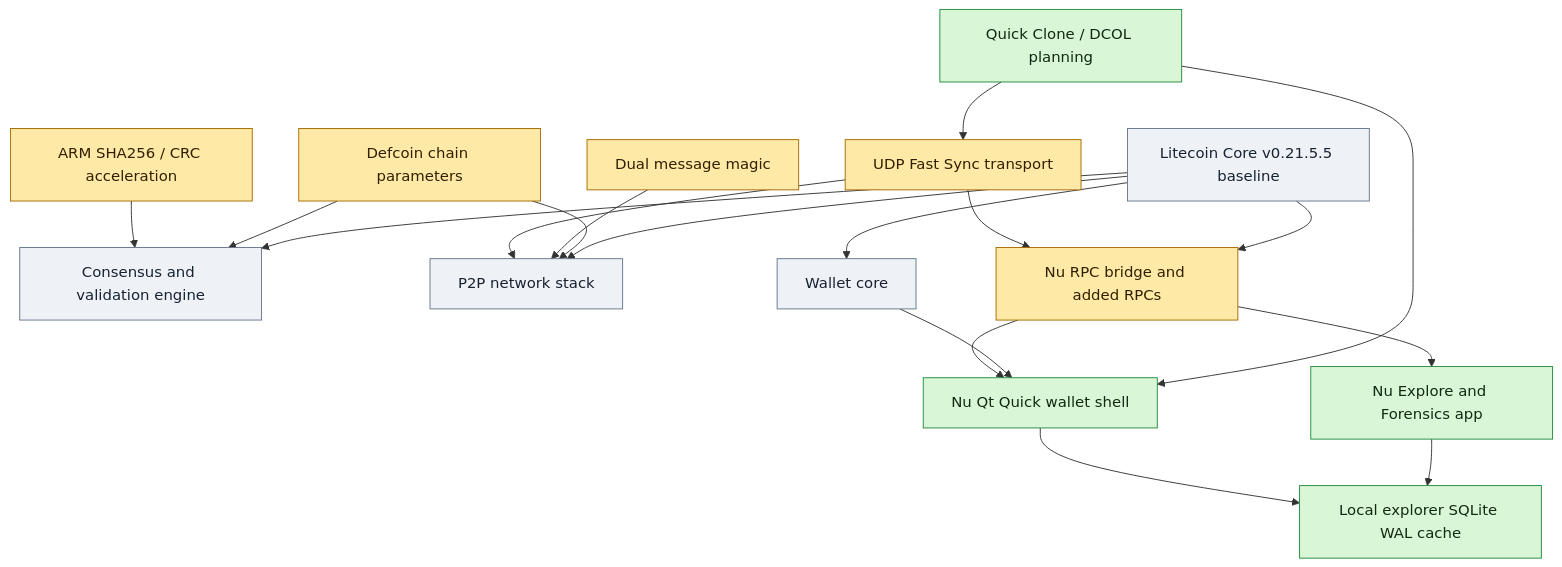
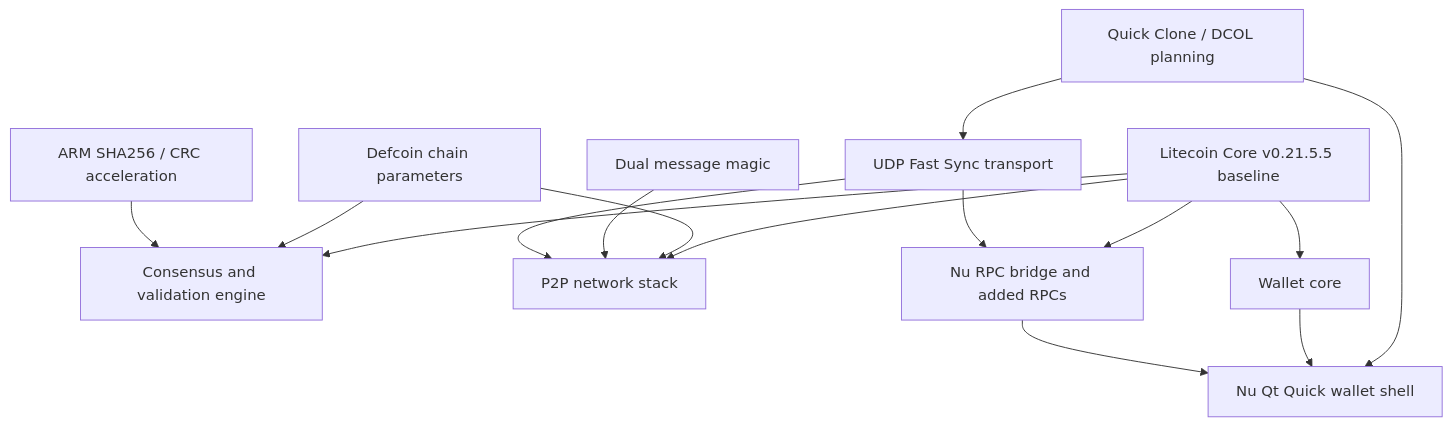
The diagram in source/doc/defcoin-nu-architecture.md (tapearchives/Defcoin-Core-Nu), drawn with Mermaid before and after one commit. The commit also changed other lines of this file and 75 other files, not shown here.

````diff
--- a/source/doc/defcoin-nu-architecture.md
+++ b/source/doc/defcoin-nu-architecture.md
@@ -320,43 +194,30 @@
 ```mermaid
 flowchart TB
     upstream["Litecoin Core v0.21.5.5 baseline"]
     consensus["Consensus and validation engine"]
     chainparams["Defcoin chain parameters"]
     network["P2P network stack"]
     dualmagic["Dual message magic"]
     fastsync["UDP Fast Sync transport"]
     quickclone["Quick Clone / DCOL planning"]
     wallet["Wallet core"]
     nuui["Nu Qt Quick wallet shell"]
-    explore["Nu Explore and Forensics app"]
-    sqlite["Local explorer SQLite WAL cache"]
     crypto["ARM SHA256 / CRC acceleration"]
     rpc["Nu RPC bridge and added RPCs"]
 
     upstream --> consensus
     upstream --> network
     upstream --> wallet
     upstream --> rpc
 
     chainparams --> consensus
     chainparams --> network
     dualmagic --> network
     fastsync --> network
     fastsync --> rpc
     quickclone --> nuui
     quickclone --> fastsync
     wallet --> nuui
     rpc --> nuui
-    rpc --> explore
-    explore --> sqlite
-    nuui --> sqlite
     crypto --> consensus
-
-    classDef added fill:#d9f7d6,stroke:#248a3d,color:#102a13;
-    classDef modified fill:#ffe9a6,stroke:#a66a00,color:#302000;
-    classDef inherited fill:#eef2f7,stroke:#65758b,color:#182230;
-
-    class upstream,consensus,network,wallet inherited;
-    class chainparams,dualmagic,fastsync,rpc,crypto modified;
-    class quickclone,nuui,explore,sqlite added;
 ```
````
